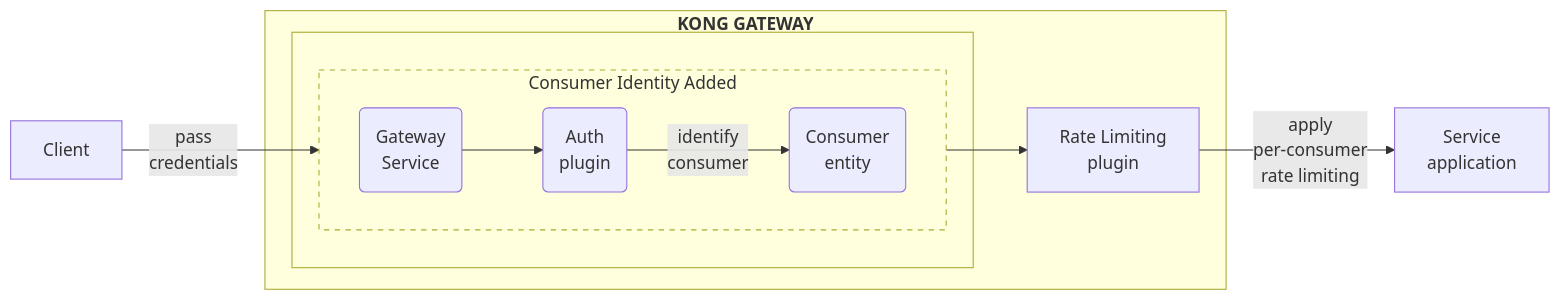
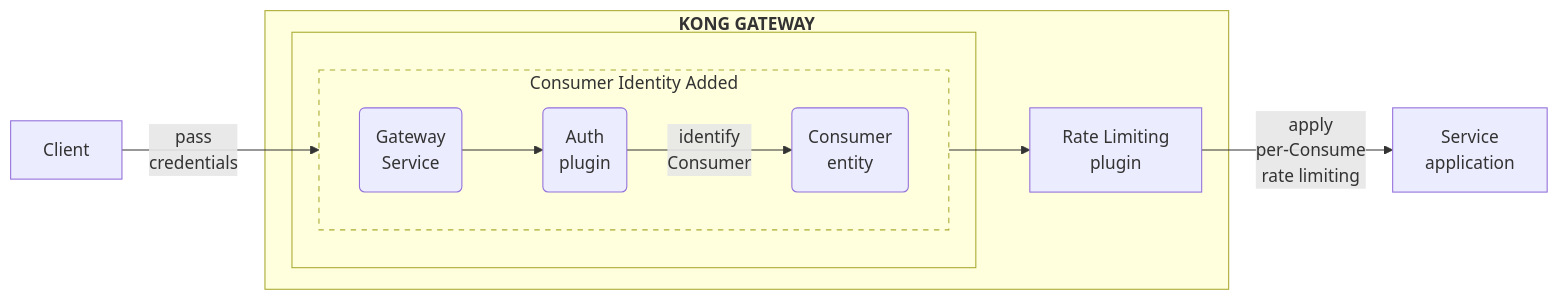
One commit to Kong/developer.konghq.com changed the diagram in app/_gateway_entities/consumer.md. Above: the diagram before and after it, drawn with Mermaid. The commit also changed other lines of this file and 3 other files, not shown here.

```diff
--- a/app/_gateway_entities/consumer.md
+++ b/app/_gateway_entities/consumer.md
@@ -94,37 +96,37 @@
 {% mermaid %}
 flowchart LR
 
 Consumer(Consumer 
 entity)
 Service(Gateway 
 Service)
 Auth(Auth
 plugin)
 Upstream[Service 
 application]
 RL["Rate Limiting 
 plugin"]
 
 Client --pass
 credentials--> Service
 subgraph id1 ["`**KONG GATEWAY**`"]
     subgraph padding[ ]
 
 subgraph Authenticate ["Consumer Identity Added"]
     direction LR
     Service --> Auth
     Auth--identify 
-    consumer-->Consumer
+    Consumer-->Consumer
     end
 end
 
 Consumer--> RL
 end
 RL --apply 
-per-consumer
+per-Consume
 rate limiting--> Upstream
 
 style Authenticate stroke-dasharray: 5 5
 style padding stroke:none!important,fill:none!important
 
 {% endmermaid %}
```
